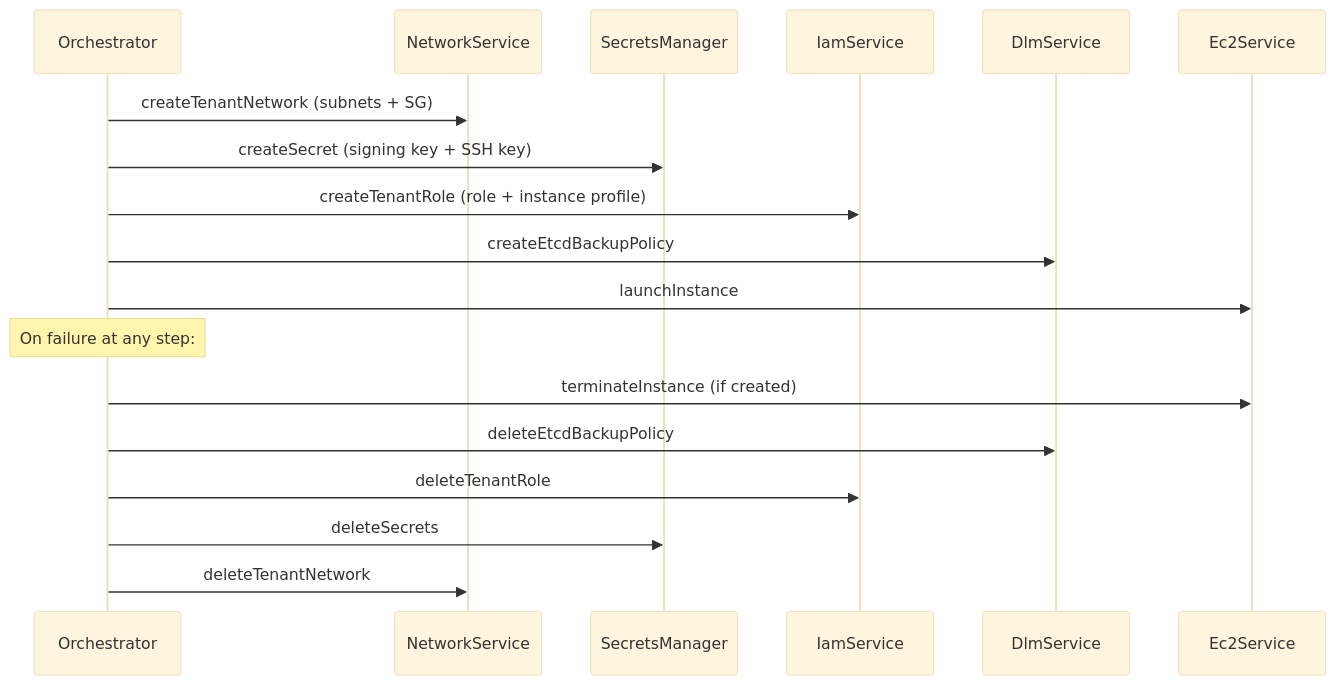
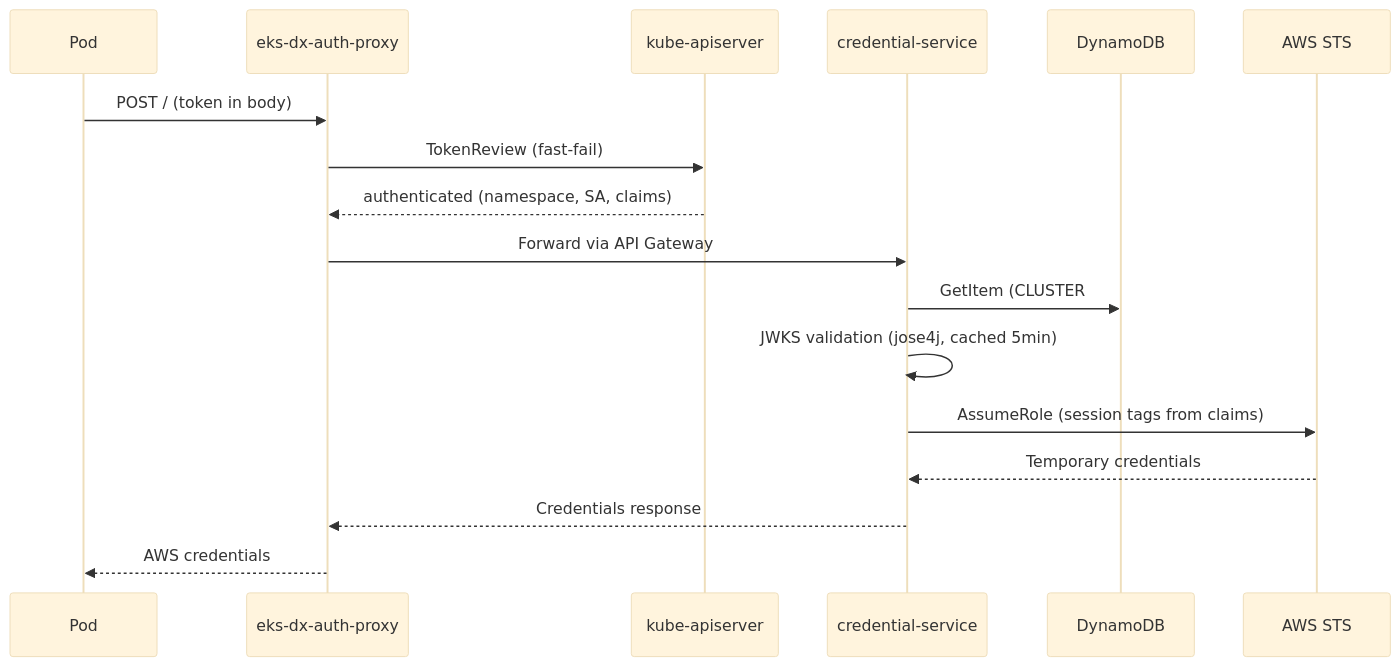
The second of 3 diagrams in .agents/summary/architecture.md (plasticity-of-cloud/eks-d-xpress-control-plane), drawn with Mermaid (base theme) before and after one commit. The commit also changed other lines of this file and 8 other files, not shown here.

Commit message:
docs: regenerate codebase summary and AGENTS.md with current architecture

````diff
--- a/.agents/summary/architecture.md
+++ b/.agents/summary/architecture.md
@@ -40,22 +33,20 @@
 ```mermaid
 sequenceDiagram
-    participant O as Orchestrator
-    participant N as NetworkService
-    participant S as SecretsManager
-    participant I as IamService
-    participant D as DlmService
-    participant E as Ec2Service
+    participant Pod
+    participant Proxy as eks-dx-auth-proxy
+    participant K8s as kube-apiserver
+    participant Lambda as credential-service
+    participant DDB as DynamoDB
+    participant STS as AWS STS
 
-    O->>N: createTenantNetwork (subnets + SG)
-    O->>S: createSecret (signing key + SSH key)
-    O->>I: createTenantRole (role + instance profile)
-    O->>D: createEtcdBackupPolicy
-    O->>E: launchInstance
-
-    Note over O: On failure at any step:
-    O->>E: terminateInstance (if created)
-    O->>D: deleteEtcdBackupPolicy
-    O->>I: deleteTenantRole
-    O->>S: deleteSecrets
-    O->>N: deleteTenantNetwork
+    Pod->>Proxy: POST / (token in body)
+    Proxy->>K8s: TokenReview (fast-fail)
+    K8s-->>Proxy: authenticated (namespace, SA, claims)
+    Proxy->>Lambda: Forward via API Gateway
+    Lambda->>DDB: GetItem (CLUSTER#name / ns#sa → roleArn)
+    Lambda->>Lambda: JWKS validation (jose4j, cached 5min)
+    Lambda->>STS: AssumeRole (session tags from claims)
+    STS-->>Lambda: Temporary credentials
+    Lambda-->>Proxy: Credentials response
+    Proxy-->>Pod: AWS credentials
 ```
````
